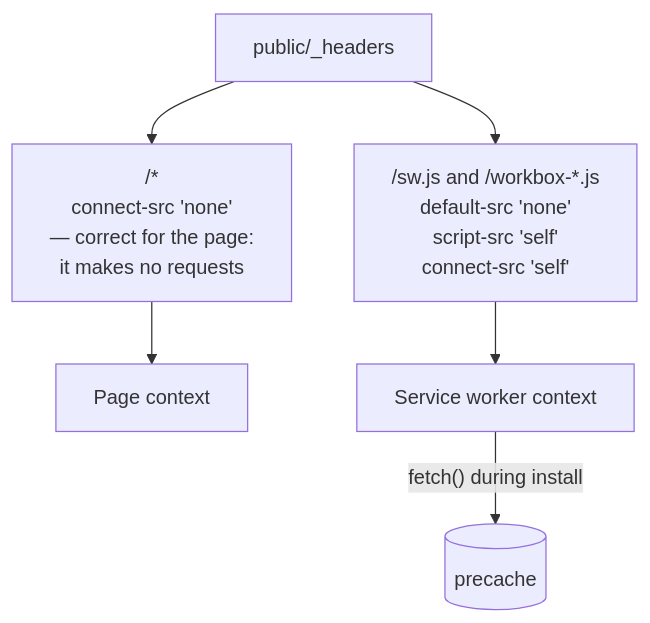
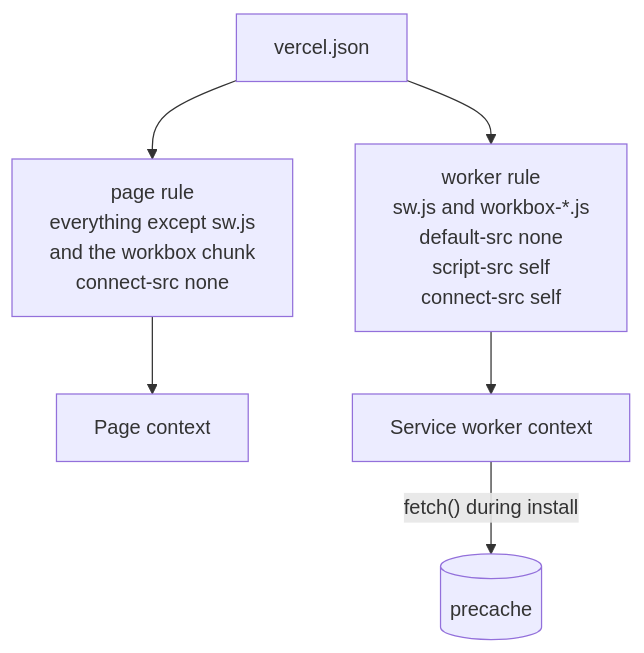
The seventh of 8 diagrams in docs/07_PWA_OFFLINE.md (theunknown107/syntaxlab), drawn with Mermaid before and after one commit. The commit also changed other lines of this file and 7 other files, not shown here.

````diff
--- a/docs/07_PWA_OFFLINE.md
+++ b/docs/07_PWA_OFFLINE.md
@@ -448,8 +448,8 @@
 ```mermaid
 flowchart TB
-    H["public/_headers"] --> P["/*<br/>connect-src 'none'<br/>— correct for the page:<br/>it makes no requests"]
-    H --> S["/sw.js and /workbox-*.js<br/>default-src 'none'<br/>script-src 'self'<br/>connect-src 'self'"]
+    H["vercel.json"] --> P["page rule<br/>everything except sw.js<br/>and the workbox chunk<br/>connect-src none"]
+    H --> S["worker rule<br/>sw.js and workbox-*.js<br/>default-src none<br/>script-src self<br/>connect-src self"]
     P --> PAGE["Page context"]
     S --> WORKER["Service worker context"]
     WORKER -->|"fetch() during install"| CACHE[("precache")]
 ```
````
